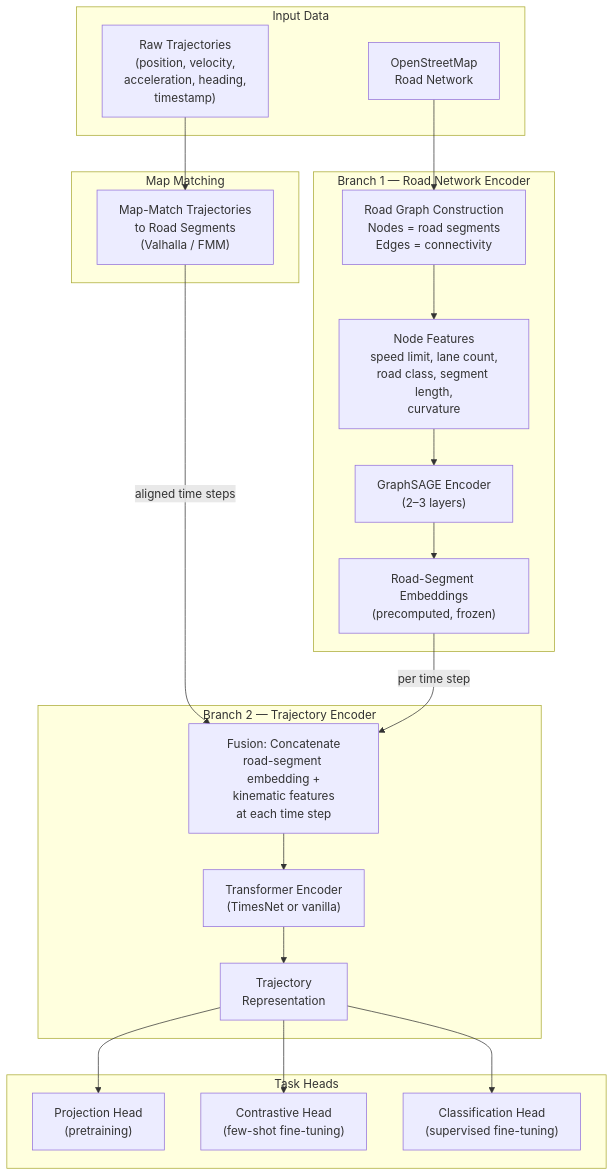
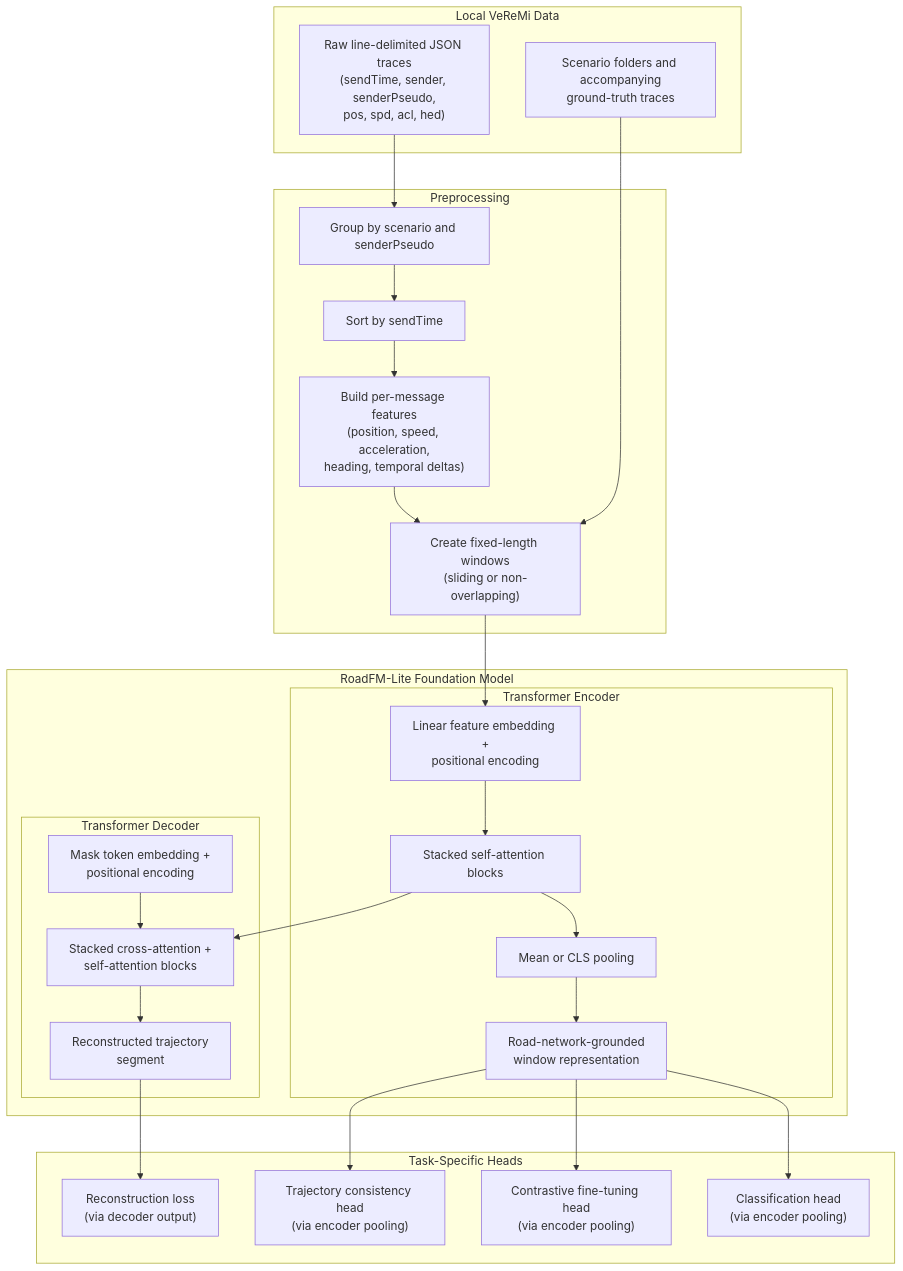
The diagram in proposal-draft.md (bibekgupta3333/sybil-llm), drawn with Mermaid before and after one commit. The commit also changed other lines of this file and 1 other file, not shown here.

````diff
--- a/proposal-draft.md
+++ b/proposal-draft.md
@@ -192,39 +168,45 @@
 ```mermaid
 graph TB
-    subgraph INPUT ["Input Data"]
-        OSM["OpenStreetMap<br/>Road Network"]
-        TRAJ["Raw Trajectories<br/>(position, velocity,<br/>acceleration, heading,<br/>timestamp)"]
+    subgraph INPUT ["Local VeReMi Data"]
+        RAW["Raw line-delimited JSON traces<br/>(sendTime, sender, senderPseudo,<br/>pos, spd, acl, hed)"]
+        GT["Scenario folders and accompanying<br/>ground-truth traces"]
     end
 
-    subgraph BRANCH1 ["Branch 1 — Road Network Encoder"]
-        GRAPH["Road Graph Construction<br/>Nodes = road segments<br/>Edges = connectivity"]
-        FEAT["Node Features<br/>speed limit, lane count,<br/>road class, segment length,<br/>curvature"]
-        GNN["GraphSAGE Encoder<br/>(2–3 layers)"]
-        REMB["Road-Segment Embeddings<br/>(precomputed, frozen)"]
+    subgraph PRE ["Preprocessing"]
+        GROUP["Group by scenario and senderPseudo"]
+        SORT["Sort by sendTime"]
+        FEAT["Build per-message features<br/>(position, speed, acceleration,<br/>heading, temporal deltas)"]
+        WIN["Create fixed-length windows<br/>(sliding or non-overlapping)"]
     end
 
-    subgraph MAPMATCH ["Map Matching"]
-        MM["Map-Match Trajectories<br/>to Road Segments<br/>(Valhalla / FMM)"]
+    subgraph FM ["RoadFM-Lite Foundation Model"]
+        subgraph ENCODER ["Transformer Encoder"]
+            EMB["Linear feature embedding +<br/>positional encoding"]
+            TENC["Stacked self-attention blocks"]
+            POOL["Mean or CLS pooling"]
+            REPR["Road-network-grounded<br/>window representation"]
+        end
+        subgraph DECODER ["Transformer Decoder"]
+            MASK_EMB["Mask token embedding +<br/>positional encoding"]
+            TDEC["Stacked cross-attention +<br/>self-attention blocks"]
+            RECON["Reconstructed trajectory<br/>segment"]
+        end
     end
 
-    subgraph BRANCH2 ["Branch 2 — Trajectory Encoder"]
-        FUSE["Fusion: Concatenate<br/>road-segment embedding +<br/>kinematic features<br/>at each time step"]
-        TENC["Transformer Encoder<br/>(TimesNet or vanilla)"]
-        REPR["Trajectory<br/>Representation"]
+    subgraph HEADS ["Task-Specific Heads"]
+        MTR["Reconstruction loss<br/>(via decoder output)"]
+        TCP["Trajectory consistency head<br/>(via encoder pooling)"]
+        CONT["Contrastive fine-tuning head<br/>(via encoder pooling)"]
+        CLS["Classification head<br/>(via encoder pooling)"]
     end
 
-    subgraph HEADS ["Task Heads"]
-        PROJ["Projection Head<br/>(pretraining)"]
-        CONT["Contrastive Head<br/>(few-shot fine-tuning)"]
-        CLS["Classification Head<br/>(supervised fine-tuning)"]
-    end
-
-    OSM --> GRAPH --> FEAT --> GNN --> REMB
-    TRAJ --> MM
-    MM -->|aligned time steps| FUSE
-    REMB -->|per time step| FUSE
-    FUSE --> TENC --> REPR
-    REPR --> PROJ
+    RAW --> GROUP --> SORT --> FEAT --> WIN
+    GT --> WIN
+    WIN --> EMB --> TENC --> POOL --> REPR
+    TENC --> TDEC
+    MASK_EMB --> TDEC --> RECON
+    RECON --> MTR
+    REPR --> TCP
     REPR --> CONT
     REPR --> CLS
 ```
````
